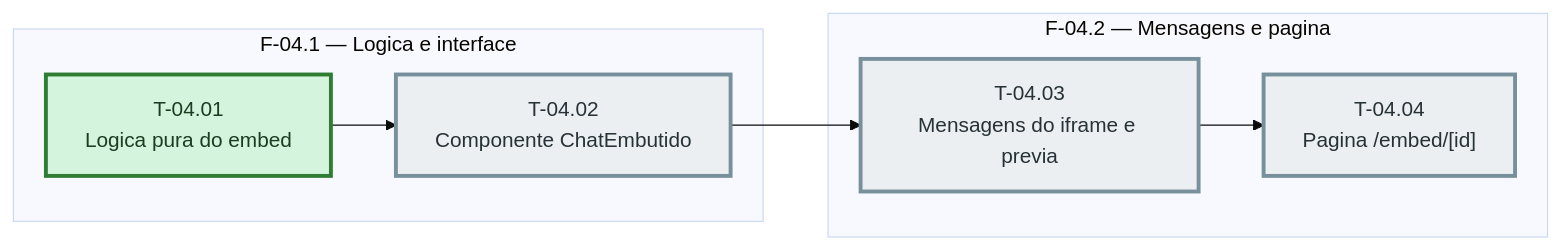
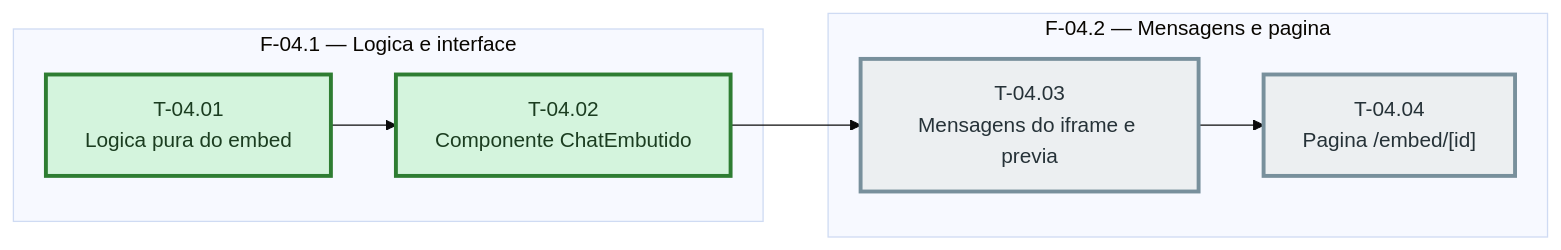
Before and after one commit to bittencourtthulio/converse-chatbot: the diagram in docs/chat-embutido/sprint-04/fases.md, drawn with Mermaid (base theme). The commit also changed 7 other files, not shown here.

````diff
--- a/docs/chat-embutido/sprint-04/fases.md
+++ b/docs/chat-embutido/sprint-04/fases.md
@@ -31,27 +31,27 @@
 ```mermaid
 %% Grafo de tasks — sprint-04 — gerado pela sprintx a partir de tasks.md
 flowchart LR
   subgraph fase_04_1["F-04.1 — Logica e interface"]
     T_04_01["T-04.01<br/>Logica pura do embed"]
     T_04_02["T-04.02<br/>Componente ChatEmbutido"]
   end
   subgraph fase_04_2["F-04.2 — Mensagens e pagina"]
     T_04_03["T-04.03<br/>Mensagens do iframe e previa"]
     T_04_04["T-04.04<br/>Pagina /embed/[id]"]
   end
   T_04_01 --> T_04_02
   T_04_02 --> T_04_03
   T_04_03 --> T_04_04
 
   classDef concluida fill:#d4f4dd,stroke:#2e7d32,color:#1b3d20
   classDef andamento fill:#fff3cd,stroke:#b8860b,color:#4a3800
   classDef bloqueada fill:#f8d7da,stroke:#c62828,color:#4a1d1f
   classDef pendente  fill:#eceff1,stroke:#78909c,color:#263238
   classDef critico   stroke-width:3px
 
   class T_04_01 concluida
-  class T_04_02 pendente
+  class T_04_02 concluida
   class T_04_03 pendente
   class T_04_04 pendente
   class T_04_01,T_04_02,T_04_03,T_04_04 critico
 ```
````
